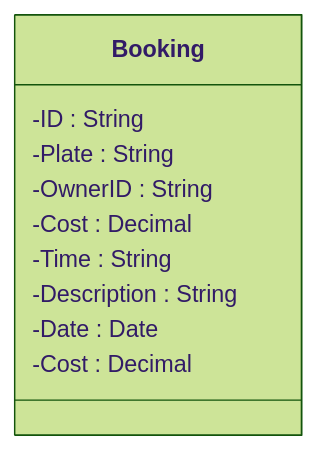
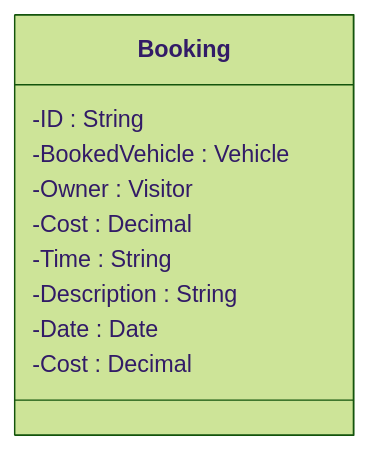
One commit to c3zbucket/advancedprogramming-project changed the third of 5 diagrams in DEVELOPMENT.md. Above: the diagram before and after it, drawn with Mermaid (forest theme). The commit also changed other lines of this file and 2 other files, not shown here.

`````diff
--- a/DEVELOPMENT.md
+++ b/DEVELOPMENT.md
@@ -126,13 +126,13 @@
 ````mermaid
 classDiagram
     class Booking{
         -ID : String
-        -Plate : String
-        -OwnerID : String
+        -BookedVehicle : Vehicle
+        -Owner : Visitor
         -Cost : Decimal
         -Time : String
         -Description : String
         -Date : Date
         -Cost : Decimal
         }
 ```` 
`````
